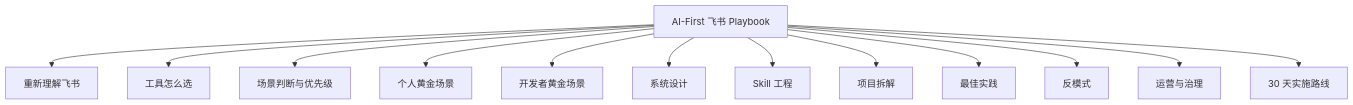
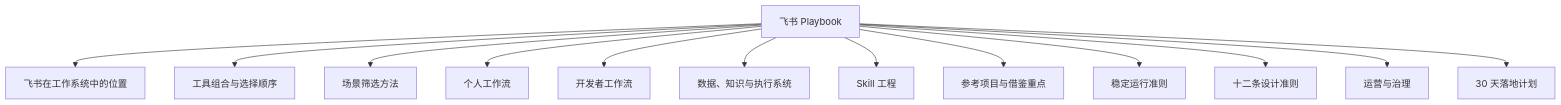
Before and after one commit to realchendahuang/feishu-playbook: the first of 3 diagrams in README.md, drawn with Mermaid. The commit also changed other lines of this file and 3 other files, not shown here.

````diff
--- a/README.md
+++ b/README.md
@@ -9,15 +9,15 @@
 ```mermaid
 flowchart TD
-  A[AI-First 飞书 Playbook] --> B[重新理解飞书]
-  A --> C[工具怎么选]
-  A --> D[场景判断与优先级]
-  A --> E[个人黄金场景]
-  A --> F[开发者黄金场景]
-  A --> G[系统设计]
+  A[飞书 Playbook] --> B[飞书在工作系统中的位置]
+  A --> C[工具组合与选择顺序]
+  A --> D[场景筛选方法]
+  A --> E[个人工作流]
+  A --> F[开发者工作流]
+  A --> G[数据、知识与执行系统]
   A --> H[Skill 工程]
-  A --> I[项目拆解]
-  A --> J[最佳实践]
-  A --> K[反模式]
+  A --> I[参考项目与借鉴重点]
+  A --> J[稳定运行准则]
+  A --> K[十二条设计准则]
   A --> L[运营与治理]
-  A --> M[30 天实施路线]
+  A --> M[30 天落地计划]
 ```
````
